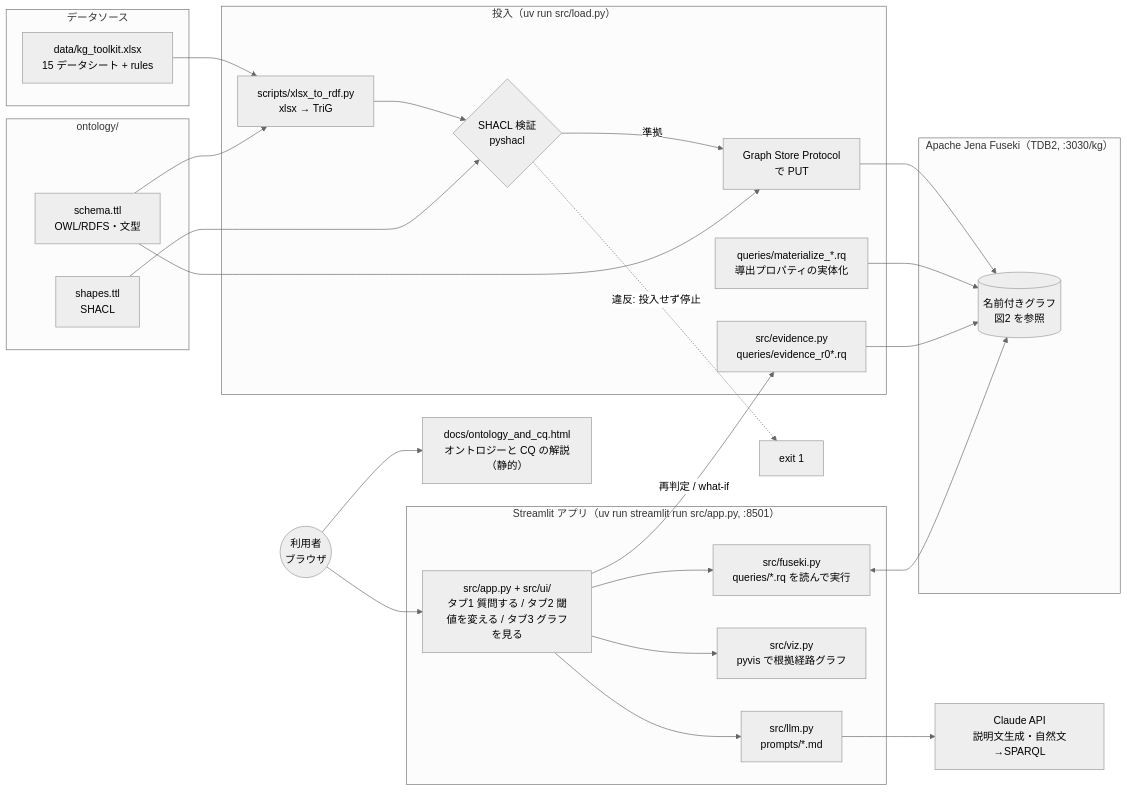
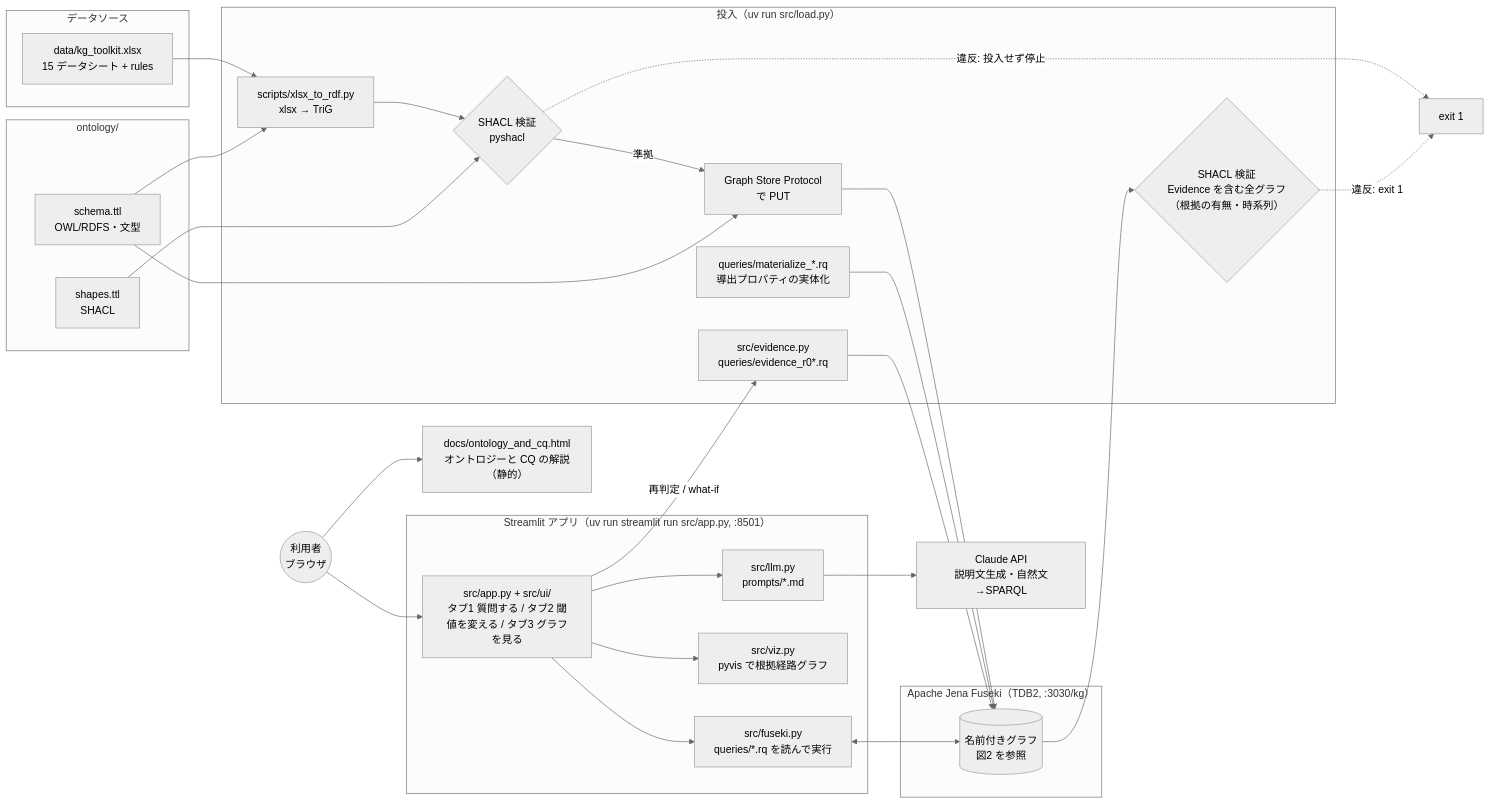
Before and after one commit to Kiyotaka86/manufacturing-kg-demo: the first of 3 diagrams in docs/ARCHITECTURE.md, drawn with Mermaid (neutral theme). The commit also changed other lines of this file and 6 other files, not shown here.

First line of the commit message:
SHACL: Evidence の時系列チェックを修正・追加し、load.py の最後で検証する

````diff
--- a/docs/ARCHITECTURE.md
+++ b/docs/ARCHITECTURE.md
@@ -8,51 +8,54 @@
 ```mermaid
 flowchart LR
     subgraph SRC["データソース"]
         XLSX["data/kg_toolkit.xlsx<br/>15 データシート + rules"]
     end
 
     subgraph ONT["ontology/"]
         SCHEMA["schema.ttl<br/>OWL/RDFS・文型"]
         SHAPES["shapes.ttl<br/>SHACL"]
     end
 
     subgraph ETL["投入（uv run src/load.py）"]
         CONV["scripts/xlsx_to_rdf.py<br/>xlsx → TriG"]
         VAL{"SHACL 検証<br/>pyshacl"}
         LOAD["Graph Store Protocol<br/>で PUT"]
         MAT["queries/materialize_*.rq<br/>導出プロパティの実体化"]
         EVAL["src/evidence.py<br/>queries/evidence_r0*.rq"]
+        VAL2{"SHACL 検証<br/>Evidence を含む全グラフ<br/>（根拠の有無・時系列）"}
     end
 
     subgraph FUSEKI["Apache Jena Fuseki（TDB2, :3030/kg）"]
         KG[("名前付きグラフ<br/>図2 を参照")]
     end
 
     subgraph APP["Streamlit アプリ（uv run streamlit run src/app.py, :8501）"]
         UI["src/app.py + src/ui/<br/>タブ1 質問する / タブ2 閾値を変える / タブ3 グラフを見る"]
         FQ["src/fuseki.py<br/>queries/*.rq を読んで実行"]
         VIZ["src/viz.py<br/>pyvis で根拠経路グラフ"]
         LLM["src/llm.py<br/>prompts/*.md"]
     end
 
     CLAUDE["Claude API<br/>説明文生成・自然文→SPARQL"]
     DOCS["docs/ontology_and_cq.html<br/>オントロジーと CQ の解説（静的）"]
     USER(("利用者<br/>ブラウザ"))
 
     XLSX --> CONV --> VAL
     SCHEMA --> CONV
     SHAPES --> VAL
     VAL -- "準拠" --> LOAD
     VAL -. "違反: 投入せず停止" .-> STOP["exit 1"]
     SCHEMA --> LOAD
     LOAD --> KG
     MAT --> KG
     EVAL --> KG
+    KG --> VAL2
+    VAL2 -. "違反: exit 1" .-> STOP
 
     USER --> UI
     USER --> DOCS
     UI --> FQ <--> KG
     UI --> VIZ
     UI --> LLM --> CLAUDE
     UI -- "再判定 / what-if" --> EVAL
 ```
````
